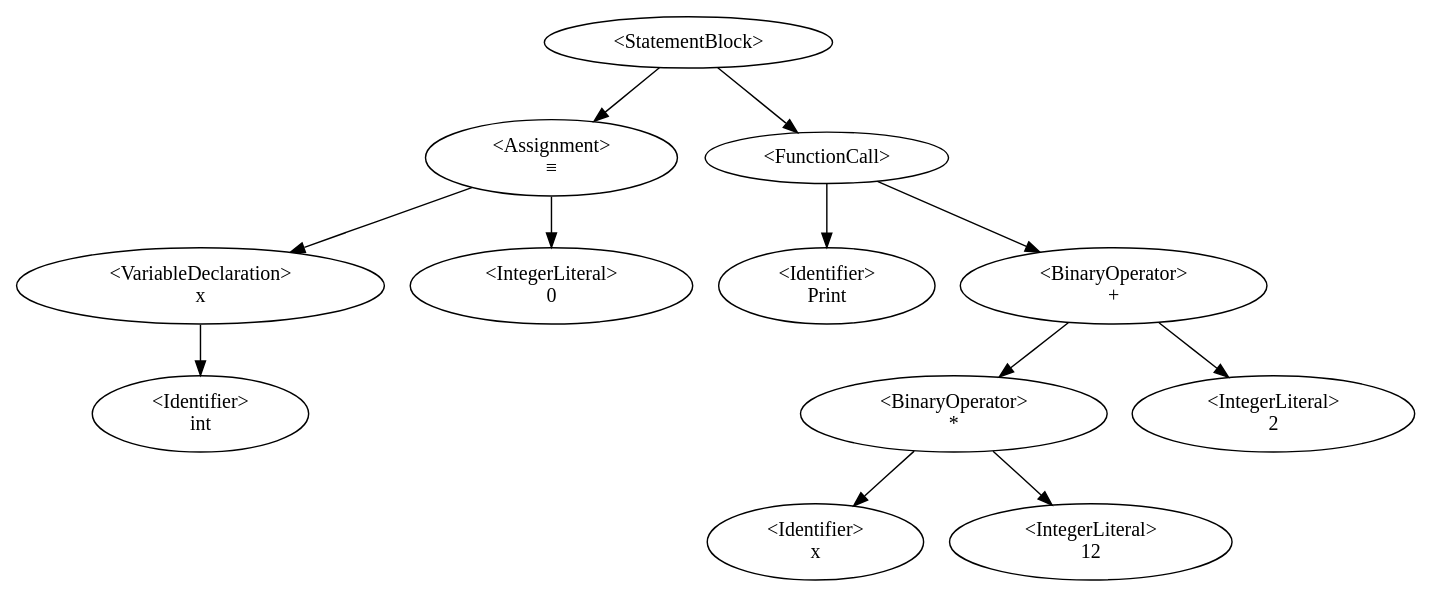
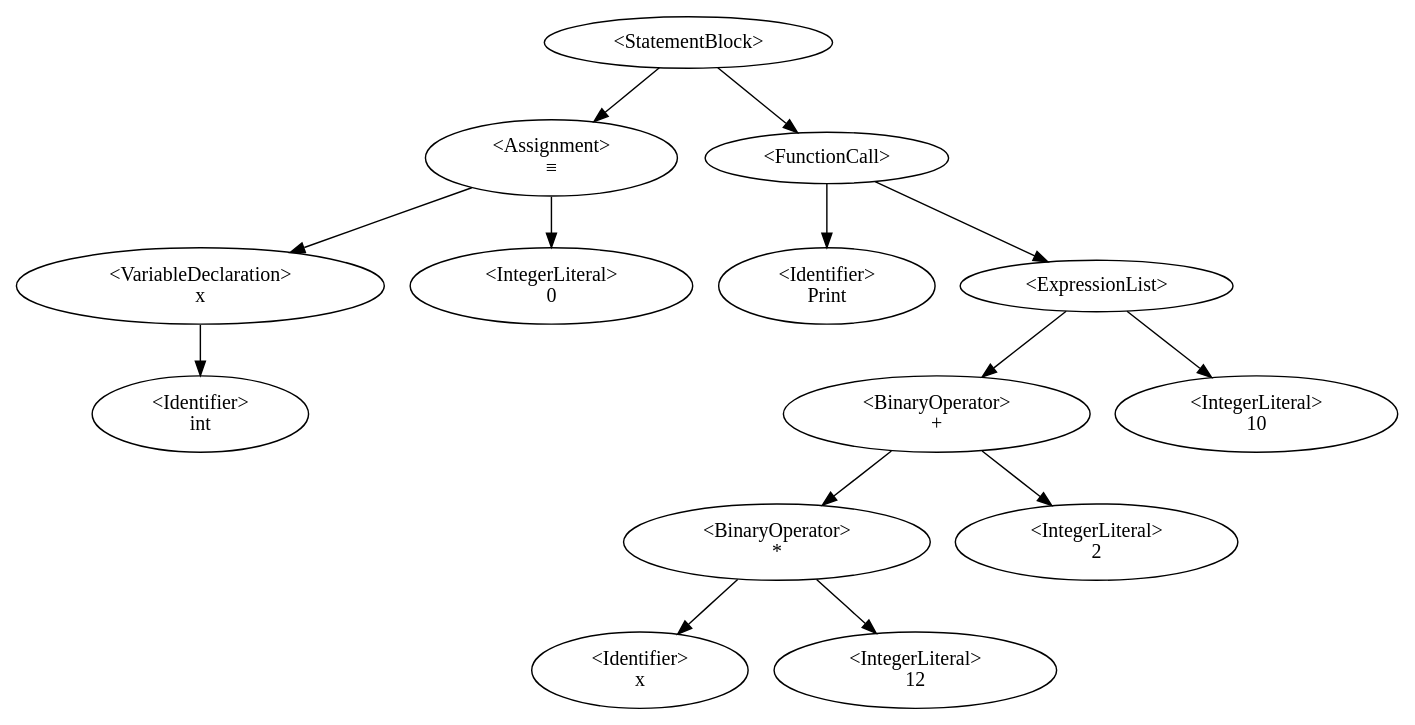
The diagram in Dino/Dino/AstDisplay.gv (QazmoQwerty/dino), drawn with Graphviz before and after one commit. The commit also changed 5 other files, not shown here.

```diff
--- a/Dino/Dino/AstDisplay.gv
+++ b/Dino/Dino/AstDisplay.gv
@@ -1,14 +1,16 @@
 digraph G {
 0 [label="<StatementBlock>"];0->3;0->6;
 3 [label="<Assignment>\n≡"];3->2;3->4;
 2 [label="<VariableDeclaration>\nx"];2->1;
 1 [label="<Identifier>\nint"];
 4 [label="<IntegerLiteral>\n0"];
-6 [label="<FunctionCall>\n"];6->5;6->10;
+6 [label="<FunctionCall>\n"];6->5;6->12;
 5 [label="<Identifier>\nPrint"];
+12 [label="<ExpressionList>"];12->10;12->13;
 10 [label="<BinaryOperator>\n+"];10->8;10->11;
 8 [label="<BinaryOperator>\n*"];8->7;8->9;
 7 [label="<Identifier>\nx"];
 9 [label="<IntegerLiteral>\n12"];
 11 [label="<IntegerLiteral>\n2"];
+13 [label="<IntegerLiteral>\n10"];
 }
```
